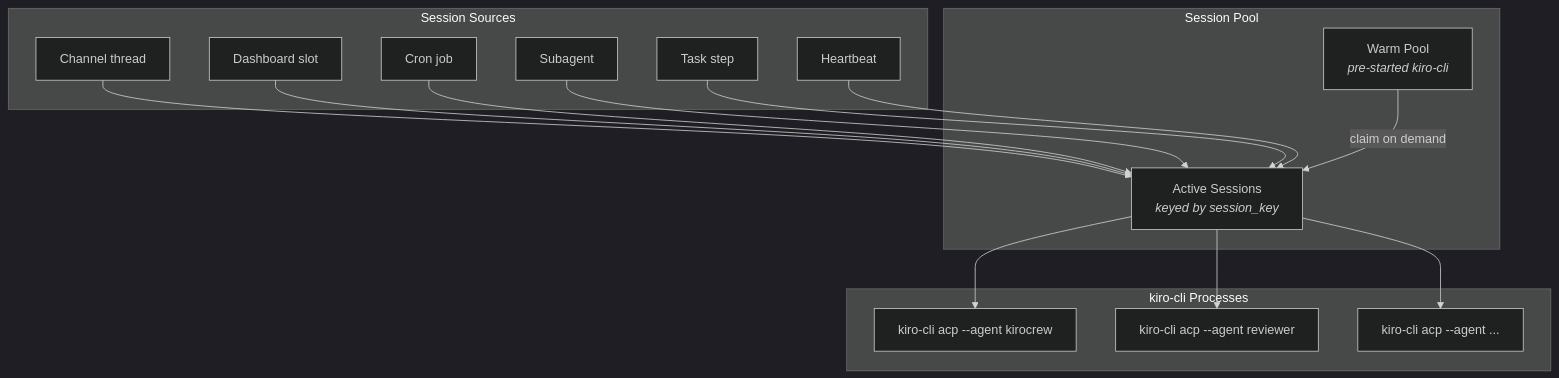
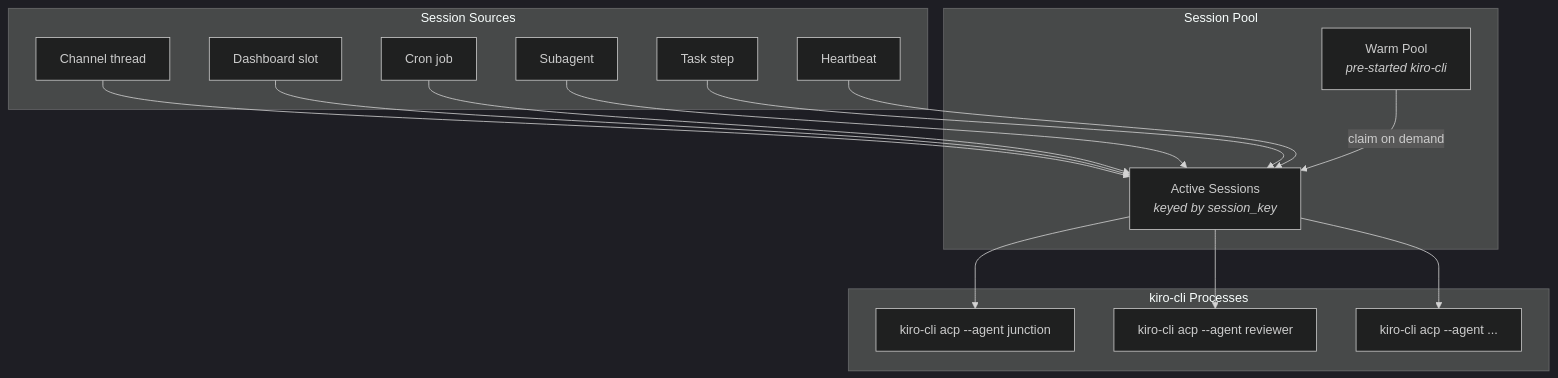
One commit to laqaer/acpcrew changed the fourth of 9 diagrams in docs/architecture/overview.md. Above: the diagram before and after it, drawn with Mermaid (dark theme). The commit also changed other lines of this file and 5318 other files, not shown here.

````diff
--- a/docs/architecture/overview.md
+++ b/docs/architecture/overview.md
@@ -248,34 +248,34 @@
 ```mermaid
 graph TB
     subgraph "Session Sources"
         S1[Channel thread]
         S2[Dashboard slot]
         S3[Cron job]
         S4[Subagent]
         S5[Task step]
         S6[Heartbeat]
     end
 
     subgraph "Session Pool"
         WARM[Warm Pool<br/><i>pre-started kiro-cli</i>]
         ACTIVE[Active Sessions<br/><i>keyed by session_key</i>]
     end
 
     subgraph "kiro-cli Processes"
-        P1[kiro-cli acp --agent kirocrew]
+        P1[kiro-cli acp --agent junction]
         P2[kiro-cli acp --agent reviewer]
         P3[kiro-cli acp --agent ...]
     end
 
     S1 --> ACTIVE
     S2 --> ACTIVE
     S3 --> ACTIVE
     S4 --> ACTIVE
     S5 --> ACTIVE
     S6 --> ACTIVE
 
     WARM --> |"claim on demand"| ACTIVE
     ACTIVE --> P1
     ACTIVE --> P2
     ACTIVE --> P3
 ```
````
